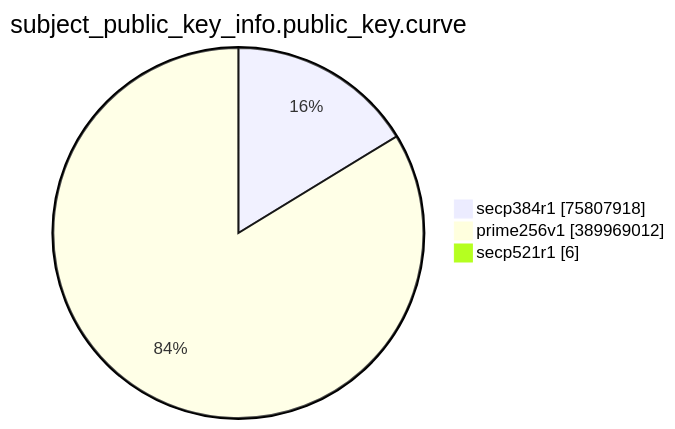
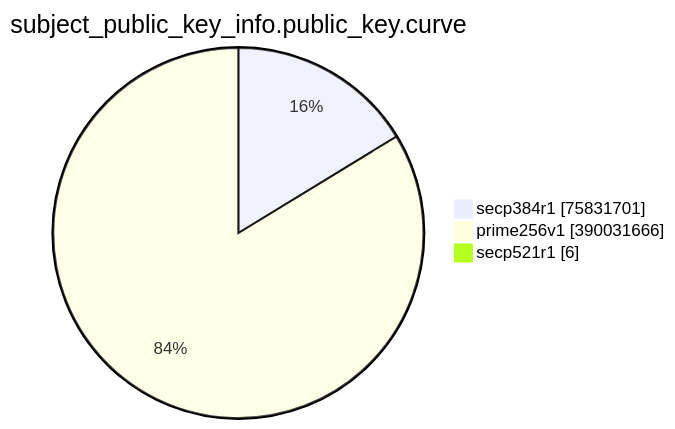
One commit to christiankrug/ctmonitor_visualization changed the eighth of 15 diagrams in TOTAL/README.md. Above: the diagram before and after it, drawn with Mermaid. The commit also changed other lines of this file, not shown here.

````diff
--- a/TOTAL/README.md
+++ b/TOTAL/README.md
@@ -3094,7 +3094,7 @@
 ```mermaid
 pie showData
 title subject_public_key_info.public_key.curve
-"secp384r1" :75807918
-"prime256v1" :389969012
+"secp384r1" :75831701
+"prime256v1" :390031666
 "secp521r1" :6
 ```
````
